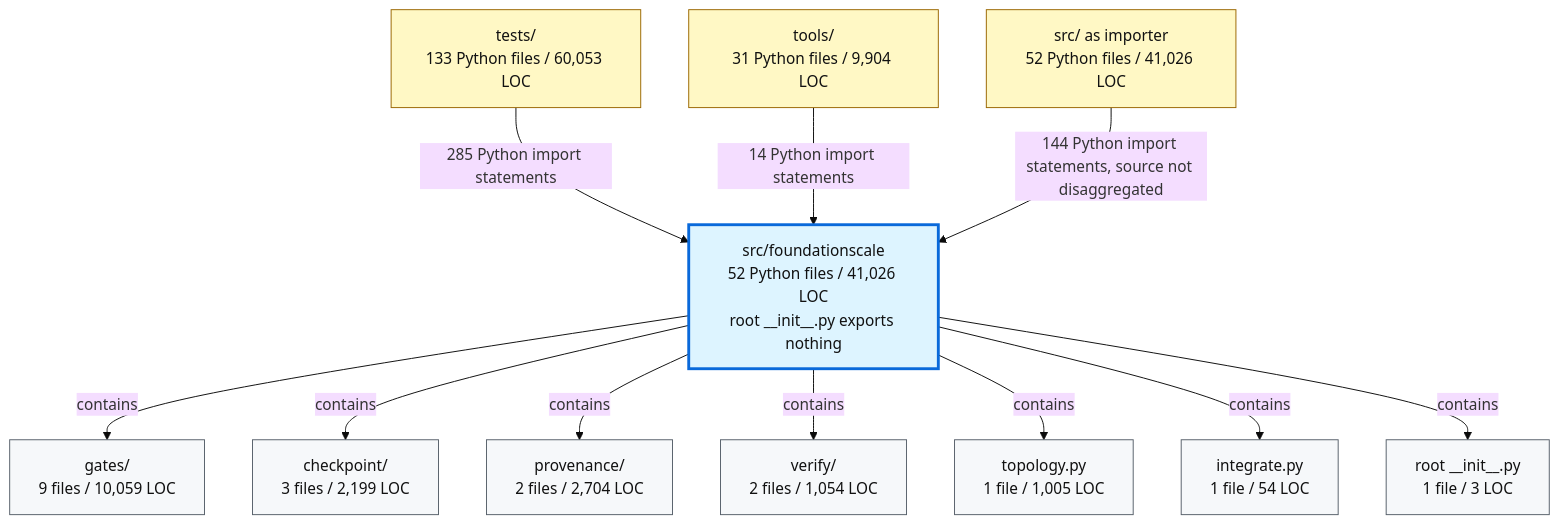
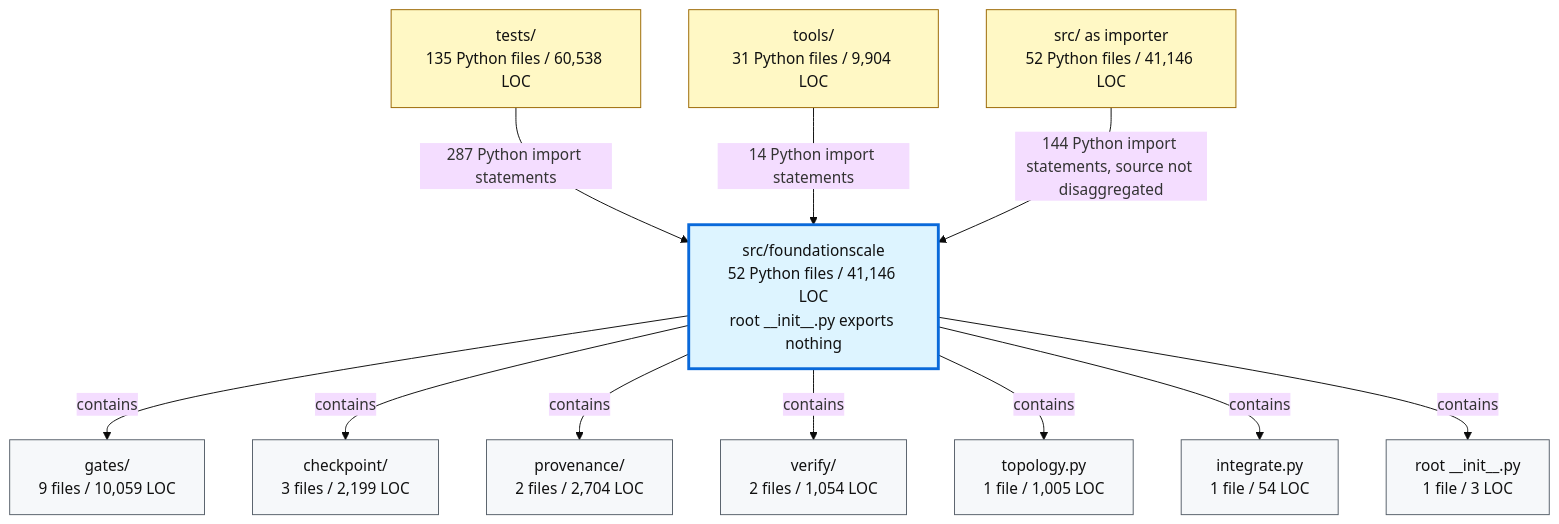
One commit to TranNhiem/FoundationScale changed the second of 2 diagrams in docs/review/D2_current_architecture.md. Above: the diagram before and after it, drawn with Mermaid (base theme). The commit also changed other lines of this file and 19 other files, not shown here.

````diff
--- a/docs/review/D2_current_architecture.md
+++ b/docs/review/D2_current_architecture.md
@@ -97,36 +97,36 @@
 ```mermaid
 flowchart TB
-  TESTS["tests/<br/>133 Python files / 60,053 LOC"]
+  TESTS["tests/<br/>135 Python files / 60,538 LOC"]
   TOOLS["tools/<br/>31 Python files / 9,904 LOC"]
-  SRC["src/ as importer<br/>52 Python files / 41,026 LOC"]
+  SRC["src/ as importer<br/>52 Python files / 41,146 LOC"]
 
-  FS["src/foundationscale<br/>52 Python files / 41,026 LOC<br/>root __init__.py exports nothing"]
+  FS["src/foundationscale<br/>52 Python files / 41,146 LOC<br/>root __init__.py exports nothing"]
 
   GATES["gates/<br/>9 files / 10,059 LOC"]
   CKPT["checkpoint/<br/>3 files / 2,199 LOC"]
   PROV["provenance/<br/>2 files / 2,704 LOC"]
   VERIFY["verify/<br/>2 files / 1,054 LOC"]
   TOPO["topology.py<br/>1 file / 1,005 LOC"]
   INTEG["integrate.py<br/>1 file / 54 LOC"]
   ROOT["root __init__.py<br/>1 file / 3 LOC"]
 
-  TESTS -->|"285 Python import statements"| FS
+  TESTS -->|"287 Python import statements"| FS
   TOOLS -->|"14 Python import statements"| FS
   SRC -->|"144 Python import statements, source not disaggregated"| FS
 
   FS -->|"contains"| GATES
   FS -->|"contains"| CKPT
   FS -->|"contains"| PROV
   FS -->|"contains"| VERIFY
   FS -->|"contains"| TOPO
   FS -->|"contains"| INTEG
   FS -->|"contains"| ROOT
 
   classDef consumer fill:#fff8c5,stroke:#9a6700,color:#111;
   classDef package fill:#ddf4ff,stroke:#0969da,stroke-width:3px,color:#111;
   classDef module fill:#f6f8fa,stroke:#57606a,color:#111;
 
   class TESTS,TOOLS,SRC consumer;
   class FS package;
   class GATES,CKPT,PROV,VERIFY,TOPO,INTEG,ROOT module;
 ```
````
